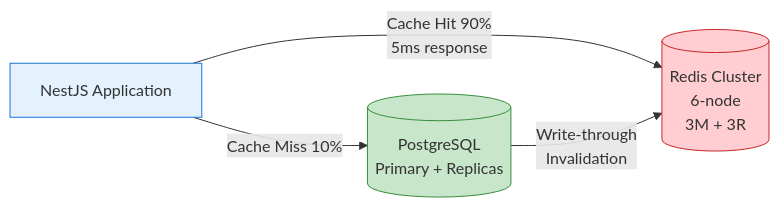
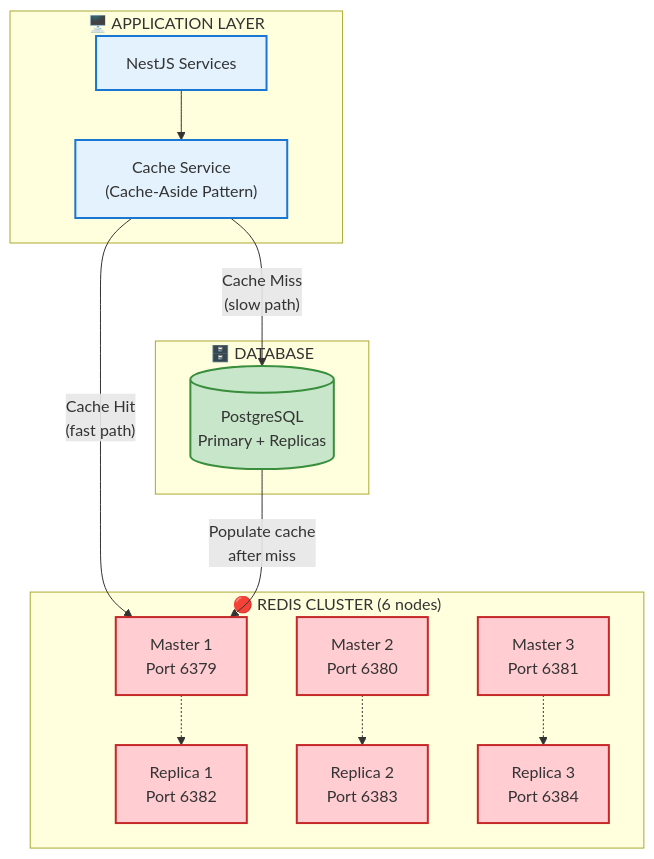
One commit to dieuxuanhien/uit-go-se360 changed the diagram in Deliverables/ADR/ADR-003-distributed-caching.md. Above: the diagram before and after it, drawn with Mermaid. The commit also changed other lines of this file and 6 other files, not shown here.

````diff
--- a/Deliverables/ADR/ADR-003-distributed-caching.md
+++ b/Deliverables/ADR/ADR-003-distributed-caching.md
@@ -44,16 +139,37 @@
 ```mermaid
-flowchart LR
-    App[NestJS Application]
+flowchart TB
+    subgraph App["🖥️ APPLICATION LAYER"]
+        NestJS["NestJS Services"]
+        CacheService["Cache Service<br>(Cache-Aside Pattern)"]
+    end
     
-    App -->|Cache Hit 90%<br>5ms response| Redis
-    App -->|Cache Miss 10%| DB
+    subgraph RedisCluster["🔴 REDIS CLUSTER (6 nodes)"]
+        M1["Master 1<br>Port 6379"]
+        M2["Master 2<br>Port 6380"]
+        M3["Master 3<br>Port 6381"]
+        R1["Replica 1<br>Port 6382"]
+        R2["Replica 2<br>Port 6383"]
+        R3["Replica 3<br>Port 6384"]
+        
+        M1 -.-> R1
+        M2 -.-> R2
+        M3 -.-> R3
+    end
     
-    Redis[(Redis Cluster<br>6-node<br>3M + 3R)]
-    DB[(PostgreSQL<br>Primary + Replicas)]
+    subgraph DB["🗄️ DATABASE"]
+        PG[(PostgreSQL<br>Primary + Replicas)]
+    end
     
-    DB -->|Write-through<br>Invalidation| Redis
+    NestJS --> CacheService
+    CacheService -->|"Cache Hit<br>(fast path)"| M1
+    CacheService -->|"Cache Miss<br>(slow path)"| PG
+    PG -->|"Populate cache<br>after miss"| M1
     
-    style App fill:#e3f2fd,stroke:#1976d2
-    style Redis fill:#ffcdd2,stroke:#c62828
-    style DB fill:#c8e6c9,stroke:#388e3c
+    classDef appBox fill:#e3f2fd,stroke:#1976d2,stroke-width:2px
+    classDef redisBox fill:#ffcdd2,stroke:#c62828,stroke-width:2px
+    classDef dbBox fill:#c8e6c9,stroke:#388e3c,stroke-width:2px
+    
+    class NestJS,CacheService appBox
+    class M1,M2,M3,R1,R2,R3 redisBox
+    class PG dbBox
 ```
````
